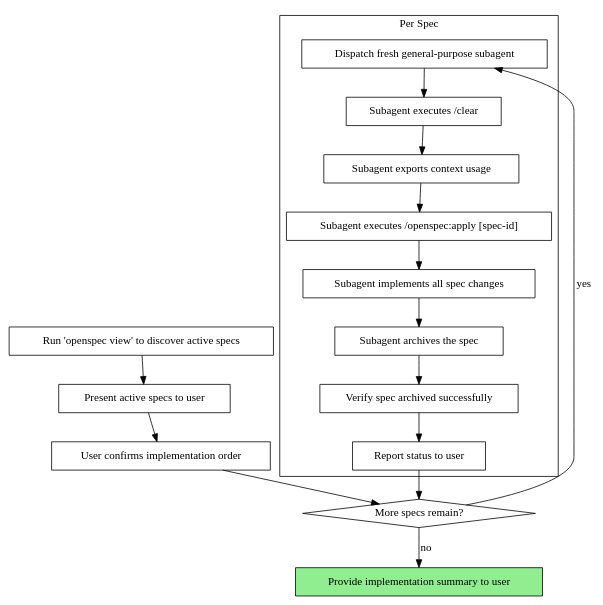
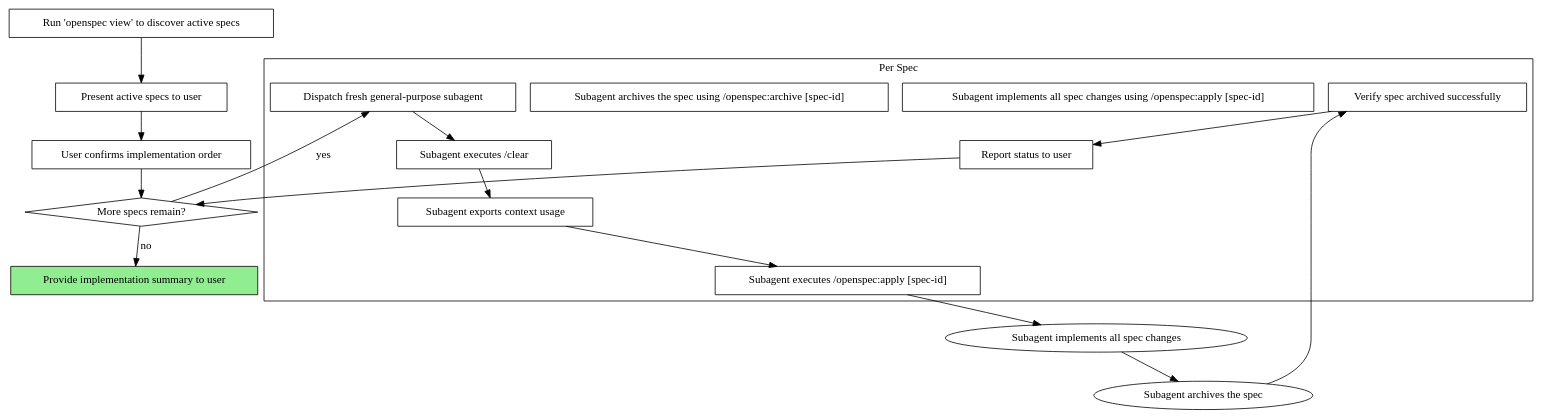
One commit to viteinfinite/claude-plugin-marketplace changed the second of 2 diagrams in coding/openspec-subagent-driven-development/SKILL.md. Above: the diagram before and after it, drawn with Graphviz. The commit also changed 1 other file, not shown here.

Commit message:
[skill] Update OpenSpec subagent instructions and self-review checklist

````diff
--- a/coding/openspec-subagent-driven-development/SKILL.md
+++ b/coding/openspec-subagent-driven-development/SKILL.md
@@ -39,38 +39,38 @@
 ```dot
 digraph process {
     rankdir=TB;
 
     "Run 'openspec view' to discover active specs" [shape=box];
     "Present active specs to user" [shape=box];
     "User confirms implementation order" [shape=box];
     "More specs remain?" [shape=diamond];
 
     subgraph cluster_per_spec {
         label="Per Spec";
         "Dispatch fresh general-purpose subagent" [shape=box];
         "Subagent executes /clear" [shape=box];
         "Subagent exports context usage" [shape=box];
         "Subagent executes /openspec:apply [spec-id]" [shape=box];
-        "Subagent implements all spec changes" [shape=box];
-        "Subagent archives the spec" [shape=box];
+        "Subagent implements all spec changes using /openspec:apply [spec-id]" [shape=box];
+        "Subagent archives the spec using /openspec:archive [spec-id]" [shape=box];
         "Verify spec archived successfully" [shape=box];
         "Report status to user" [shape=box];
     }
 
     "Provide implementation summary to user" [shape=box style=filled fillcolor=lightgreen];
 
     "Run 'openspec view' to discover active specs" -> "Present active specs to user";
     "Present active specs to user" -> "User confirms implementation order";
     "User confirms implementation order" -> "More specs remain?";
     "More specs remain?" -> "Dispatch fresh general-purpose subagent" [label="yes"];
     "Dispatch fresh general-purpose subagent" -> "Subagent executes /clear";
     "Subagent executes /clear" -> "Subagent exports context usage";
     "Subagent exports context usage" -> "Subagent executes /openspec:apply [spec-id]";
     "Subagent executes /openspec:apply [spec-id]" -> "Subagent implements all spec changes";
     "Subagent implements all spec changes" -> "Subagent archives the spec";
     "Subagent archives the spec" -> "Verify spec archived successfully";
     "Verify spec archived successfully" -> "Report status to user";
     "Report status to user" -> "More specs remain?";
     "More specs remain?" -> "Provide implementation summary to user" [label="no"];
 }
 ```
````
